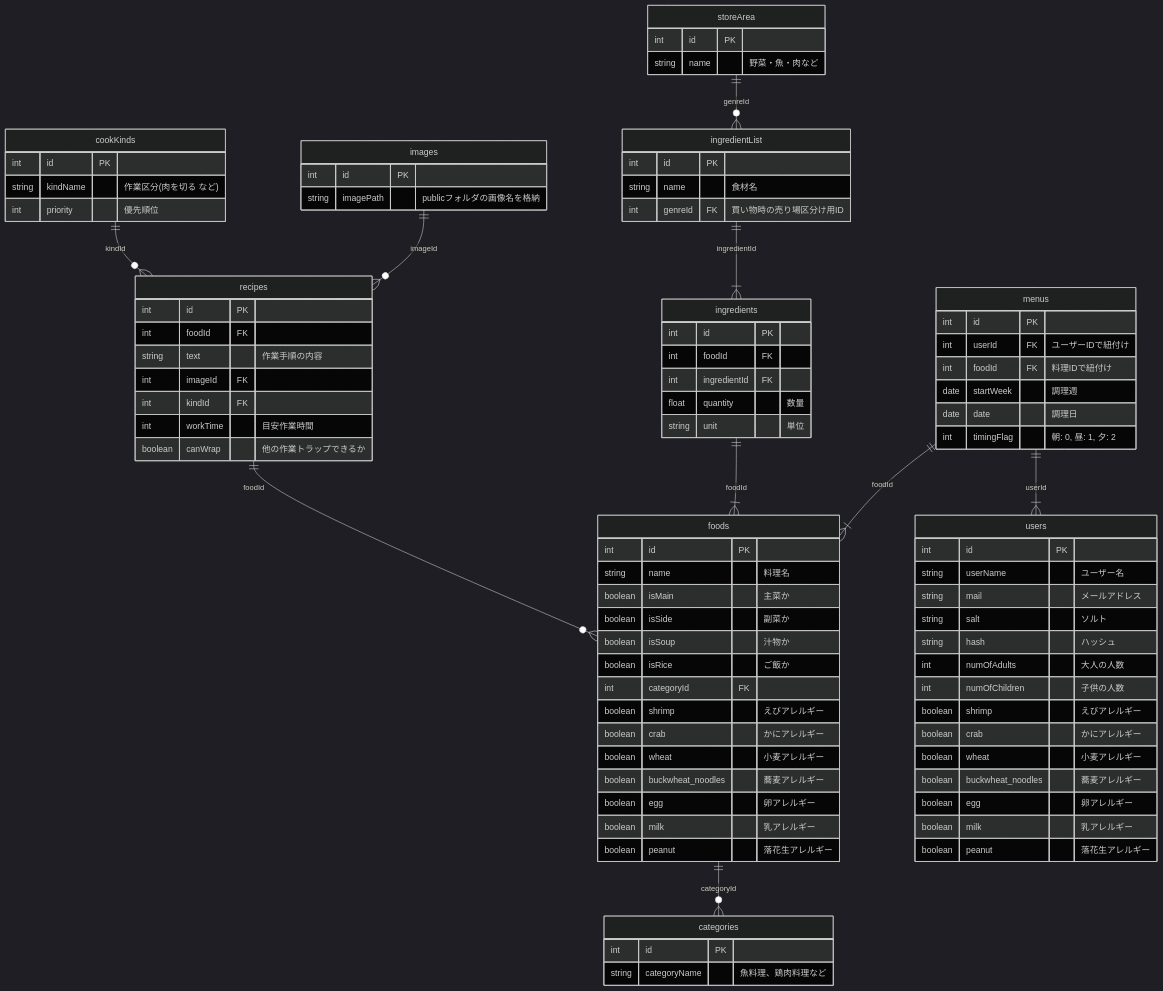
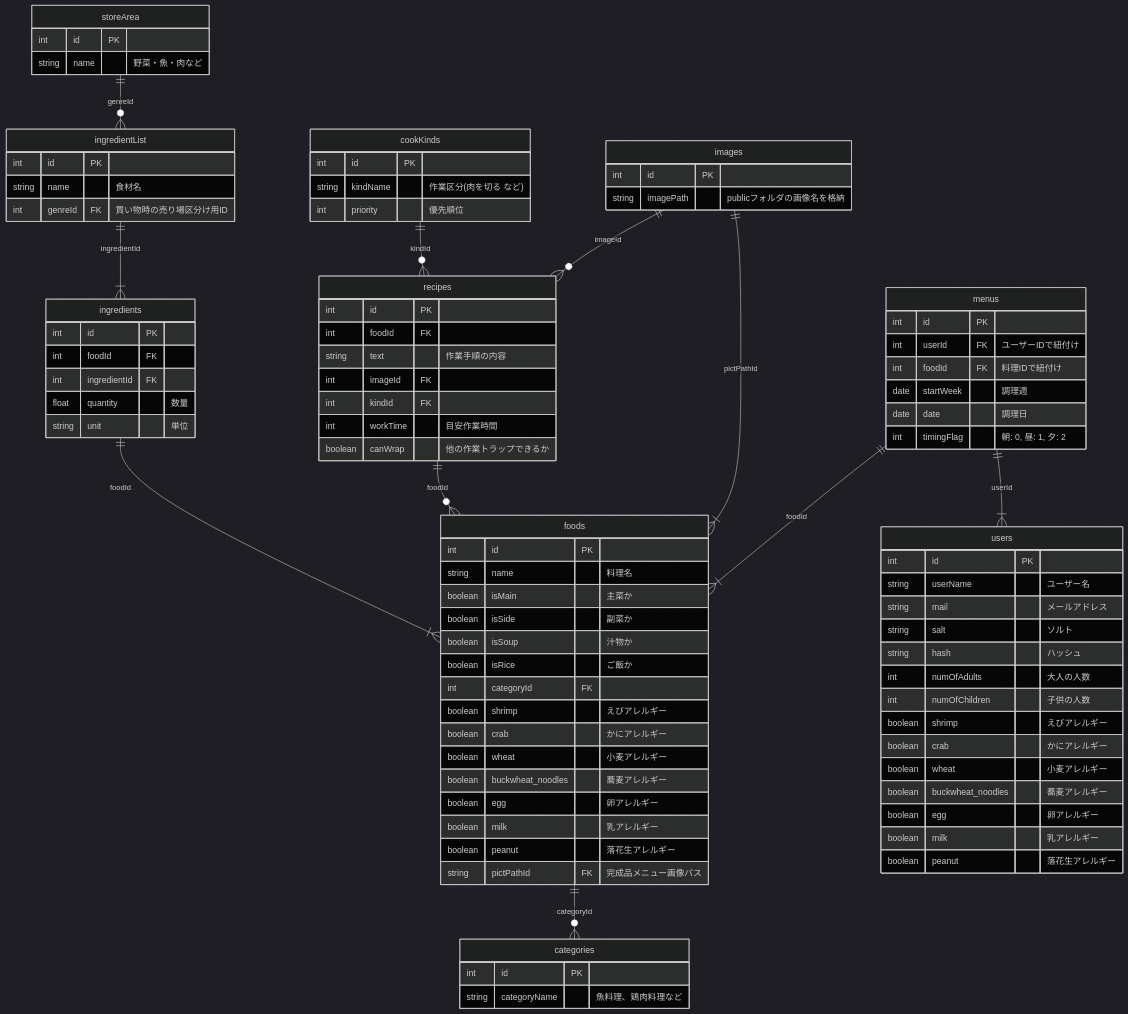
The diagram in README.md (team2wish/efficient), drawn with Mermaid (dark theme) before and after one commit. The commit also changed 1 other file, not shown here.

Commit message:
add migrate&README

````diff
--- a/README.md
+++ b/README.md
@@ -15,24 +15,20 @@
 ```mermaid
 erDiagram
     foods ||--o{ categories : "categoryId"
+    ingredients ||--|{ foods : "foodId"
     cookKinds ||--o{ recipes : "kindId"
     recipes ||--o{ foods : "foodId"
+    images ||--|{ foods : "pictPathId"
     ingredientList ||--|{ ingredients : "ingredientId"
+    menus ||--|{ foods : "foodId"
+    images ||--o{ recipes : "imageId"
+    menus ||--|{ users : "userId"
     storeArea ||--o{ ingredientList : "genreId"
-    ingredients ||--|{ foods : "foodId"
-    menus ||--|{ foods : "foodId"
-    menus ||--|{ users : "userId"
-    images ||--o{ recipes : "imageId"
 
     cookKinds {
         int id PK
         string kindName "作業区分(肉を切る など)"
         int priority "優先順位"
-    }
-
-    images {
-      int id PK
-      string imagePath "publicフォルダの画像名を格納"
     }
 
 
@@ -44,6 +40,24 @@
         int kindId FK
         int workTime "目安作業時間"
         boolean canWrap "他の作業トラップできるか"
+    }
+
+    foods {
+        int id PK
+        string name "料理名"
+        boolean isMain "主菜か"
+        boolean isSide "副菜か"
+        boolean isSoup "汁物か"
+        boolean isRice "ご飯か"
+        int categoryId FK
+        boolean shrimp "えびアレルギー"
+        boolean crab "かにアレルギー"
+        boolean wheat "小麦アレルギー"
+        boolean buckwheat_noodles "蕎麦アレルギー"
+        boolean egg "卵アレルギー"
+        boolean milk "乳アレルギー"
+        boolean peanut "落花生アレルギー"
+        string pictPathId FK "完成品メニュー画像パス"
     }
 
     ingredients {
@@ -65,22 +79,9 @@
         string name "野菜・魚・肉など"
     }
 
-
-    foods {
-        int id PK
-        string name "料理名"
-        boolean isMain "主菜か"
-        boolean isSide "副菜か"
-        boolean isSoup "汁物か"
-        boolean isRice "ご飯か"
-        int categoryId FK
-        boolean shrimp "えびアレルギー"
-        boolean crab "かにアレルギー"
-        boolean wheat "小麦アレルギー"
-        boolean buckwheat_noodles "蕎麦アレルギー"
-        boolean egg "卵アレルギー"
-        boolean milk "乳アレルギー"
-        boolean peanut "落花生アレルギー"
+    images {
+      int id PK
+      string imagePath "publicフォルダの画像名を格納"
     }
 
     categories {
````
